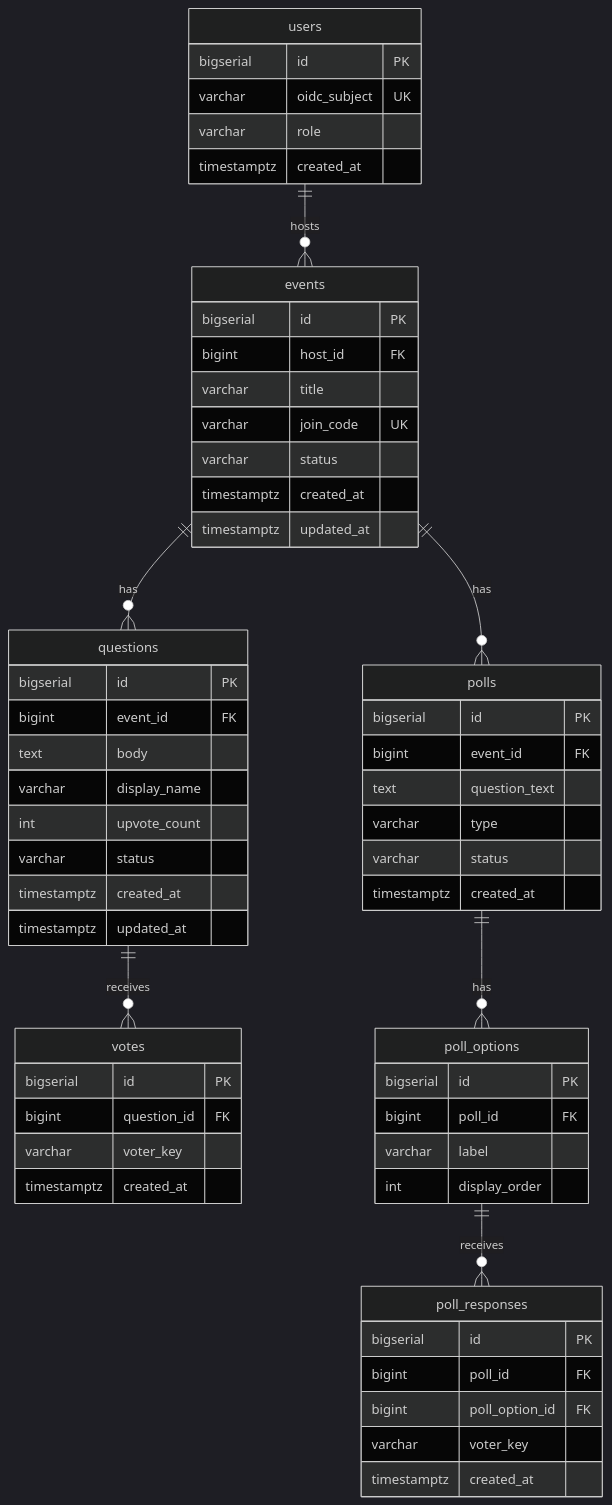
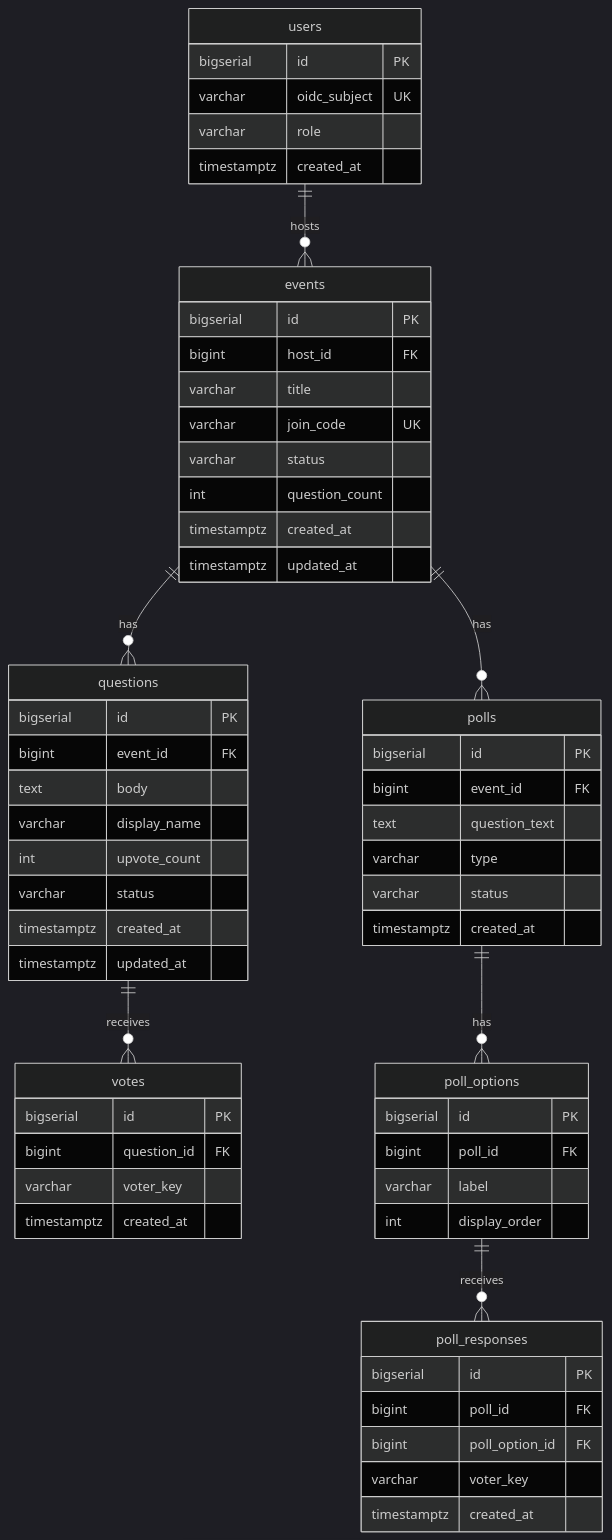
Before and after one commit to muscat2356/LiveQA-app: the diagram in docs/design/er-diagram.md, drawn with Mermaid (dark theme). The commit also changed other lines of this file and 10 other files, not shown here.

````diff
--- a/docs/design/er-diagram.md
+++ b/docs/design/er-diagram.md
@@ -9,62 +9,63 @@
 ```mermaid
 erDiagram
     users ||--o{ events : hosts
     events ||--o{ questions : has
     questions ||--o{ votes : receives
     events ||--o{ polls : has
     polls ||--o{ poll_options : has
     poll_options ||--o{ poll_responses : receives
 
     users {
         bigserial id PK
         varchar oidc_subject UK
         varchar role
         timestamptz created_at
     }
     events {
         bigserial id PK
         bigint host_id FK
         varchar title
         varchar join_code UK
         varchar status
+        int question_count
         timestamptz created_at
         timestamptz updated_at
     }
     questions {
         bigserial id PK
         bigint event_id FK
         text body
         varchar display_name
         int upvote_count
         varchar status
         timestamptz created_at
         timestamptz updated_at
     }
     votes {
         bigserial id PK
         bigint question_id FK
         varchar voter_key
         timestamptz created_at
     }
     polls {
         bigserial id PK
         bigint event_id FK
         text question_text
         varchar type
         varchar status
         timestamptz created_at
     }
     poll_options {
         bigserial id PK
         bigint poll_id FK
         varchar label
         int display_order
     }
     poll_responses {
         bigserial id PK
         bigint poll_id FK
         bigint poll_option_id FK
         varchar voter_key
         timestamptz created_at
     }
 ```
````
